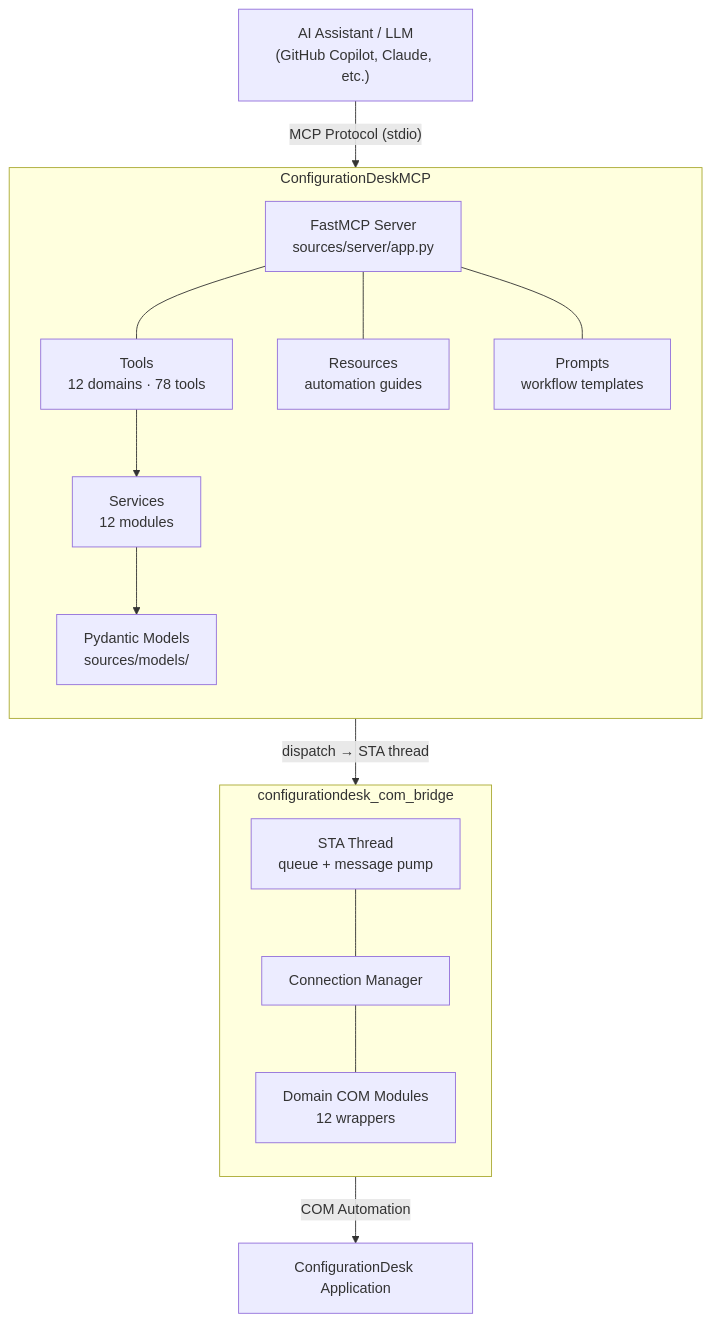
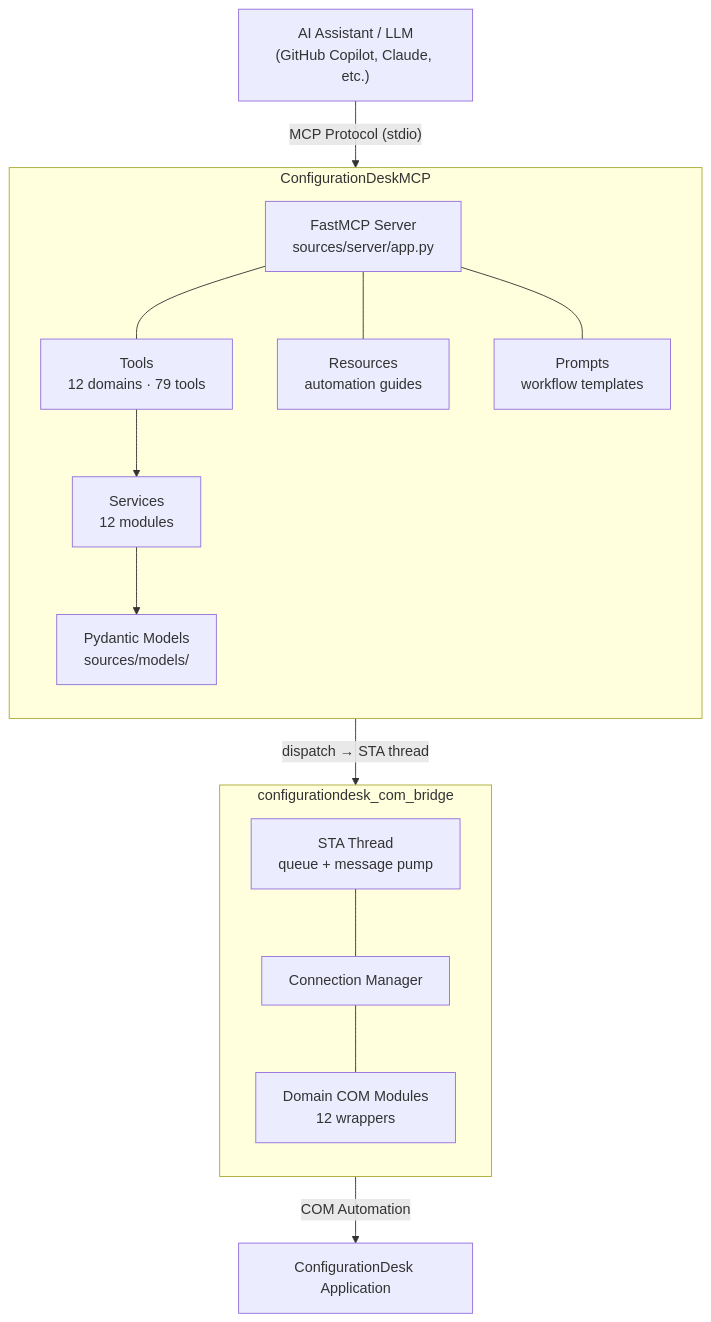
The diagram in README.md (dspace-group/ConfigurationDeskBusManagerMCP), drawn with Mermaid before and after one commit. The commit also changed other lines of this file and 18 other files, not shown here.

````diff
--- a/README.md
+++ b/README.md
@@ -149,29 +149,29 @@
 ```mermaid
 flowchart TB
     LLM["AI Assistant / LLM\n(GitHub Copilot, Claude, etc.)"]
     LLM -->|"MCP Protocol (stdio)"| MCP
 
     subgraph MCP["ConfigurationDeskMCP"]
         direction TB
         Server["FastMCP Server\nsources/server/app.py"]
-        Tools["Tools\n12 domains · 78 tools"]
+        Tools["Tools\n12 domains · 79 tools"]
         Resources["Resources\nautomation guides"]
         Prompts["Prompts\nworkflow templates"]
         Services["Services\n12 modules"]
         Models["Pydantic Models\nsources/models/"]
         Server --- Tools & Resources & Prompts
         Tools --> Services
         Services --> Models
     end
 
     subgraph Bridge["configurationdesk_com_bridge"]
         direction TB
         STA["STA Thread\nqueue + message pump"]
         Conn["Connection Manager"]
         Domains["Domain COM Modules\n12 wrappers"]
         STA --- Conn --- Domains
     end
 
     Services -->|"dispatch → STA thread"| Bridge
     Bridge -->|"COM Automation"| CD["ConfigurationDesk Application"]
 ```
````
